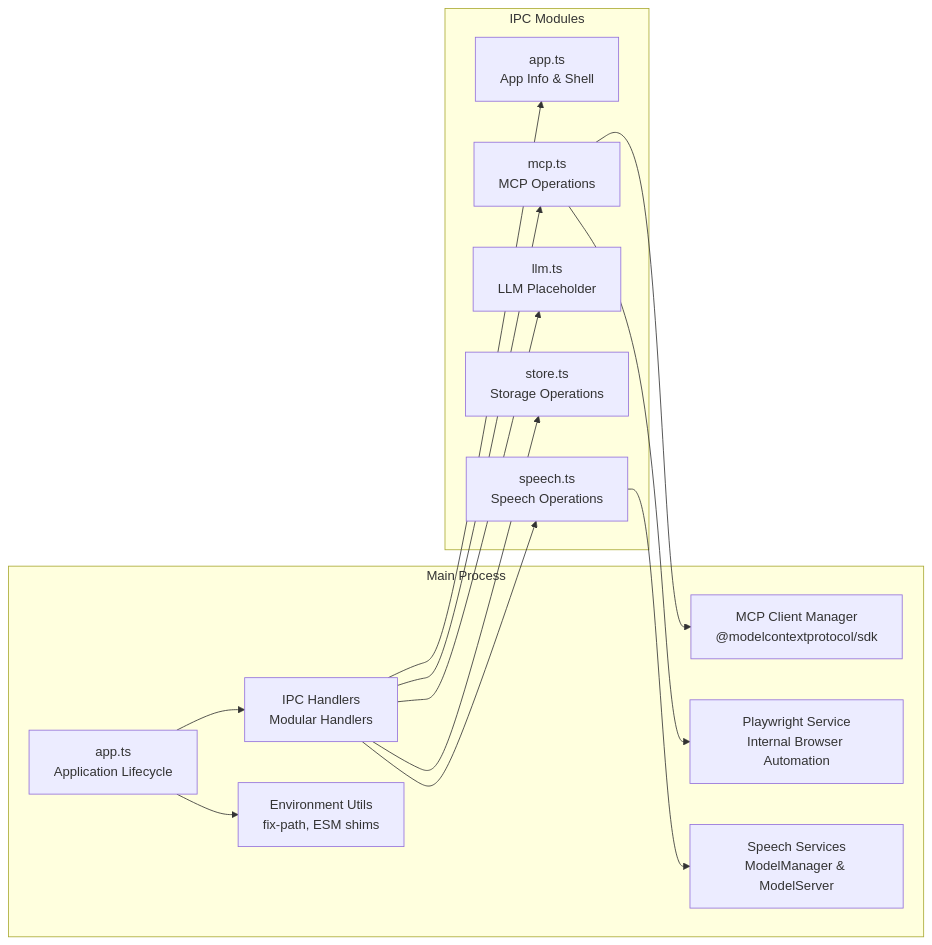
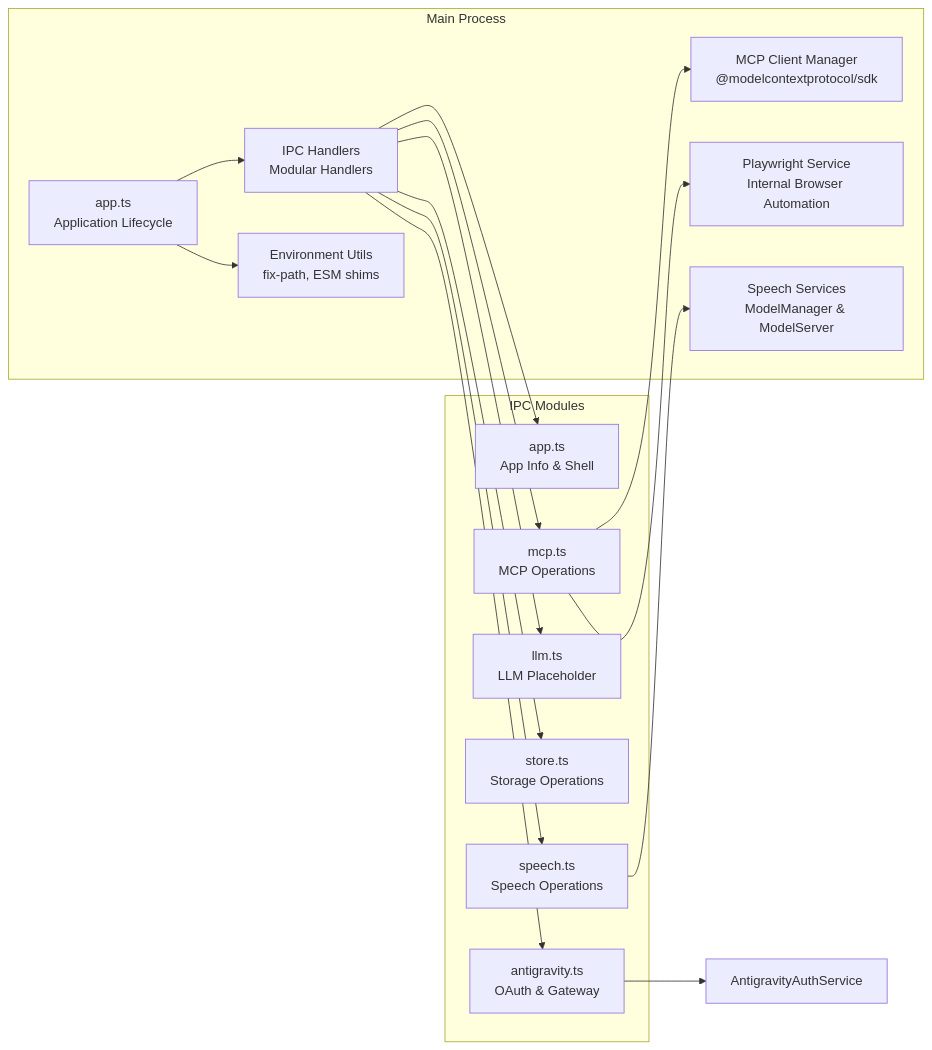
One commit to meharajM/ai-worker.app changed the second of 31 diagrams in architecture.md. Above: the diagram before and after it, drawn with Mermaid. The commit also changed other lines of this file, not shown here.

````diff
--- a/architecture.md
+++ b/architecture.md
@@ -63,30 +63,33 @@
 ```mermaid
 graph LR
     subgraph "Main Process"
         App[app.ts<br/>Application Lifecycle]
         IPC[IPC Handlers<br/>Modular Handlers]
         MCP[MCP Client Manager<br/>@modelcontextprotocol/sdk]
         Playwright[Playwright Service<br/>Internal Browser Automation]
         Speech[Speech Services<br/>ModelManager & ModelServer]
         Env[Environment Utils<br/>fix-path, ESM shims]
     end
 
     subgraph "IPC Modules"
         AppHandlers[app.ts<br/>App Info & Shell]
         MCPHandlers[mcp.ts<br/>MCP Operations]
         LLMHandlers[llm.ts<br/>LLM Placeholder]
         StoreHandlers[store.ts<br/>Storage Operations]
         SpeechHandlers[speech.ts<br/>Speech Operations]
+        AntigravityHandlers[antigravity.ts<br/>OAuth & Gateway]
     end
 
     App --> IPC
     IPC --> AppHandlers
     IPC --> MCPHandlers
     IPC --> LLMHandlers
     IPC --> StoreHandlers
     IPC --> SpeechHandlers
+    IPC --> AntigravityHandlers
     MCPHandlers --> MCP
     MCPHandlers --> Playwright
     SpeechHandlers --> Speech
+    AntigravityHandlers --> AntigravityAuthService[AntigravityAuthService]
     App --> Env
 ```
````
